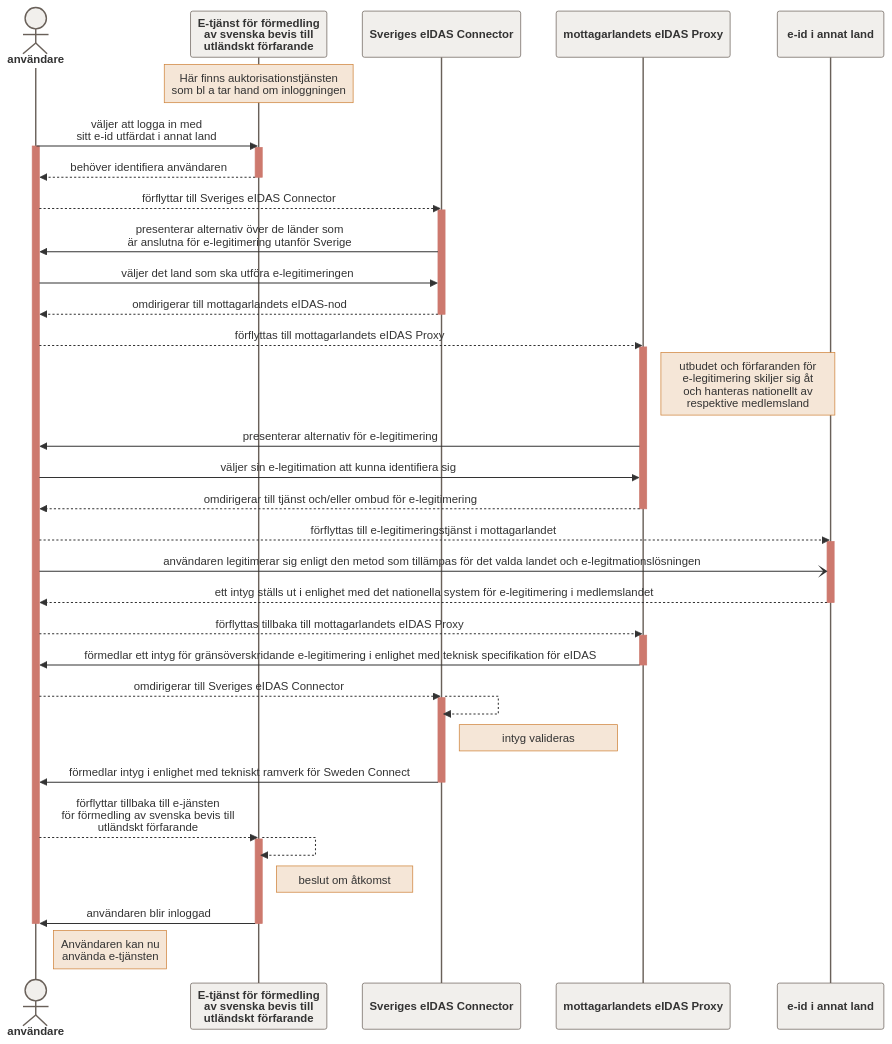
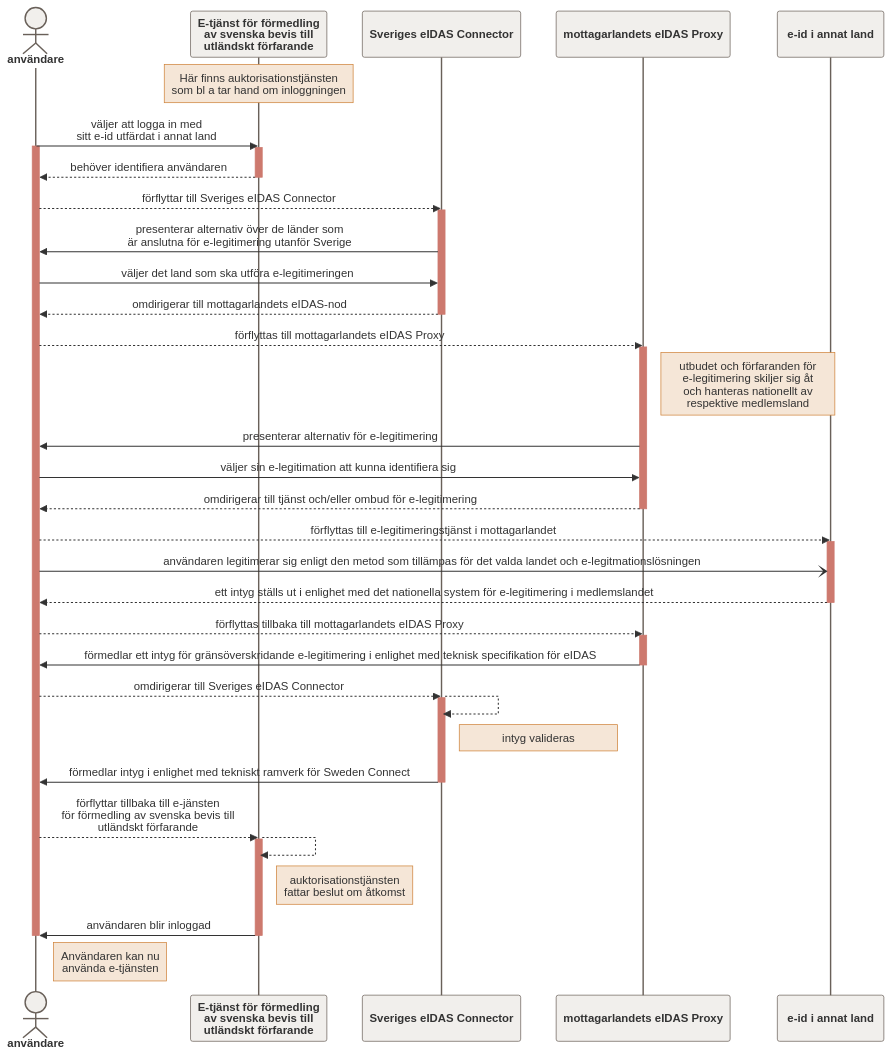
The diagram in login_oots.md (araskazemi/greenhouse), drawn with Mermaid before and after one commit.

````diff
--- a/login_oots.md
+++ b/login_oots.md
@@ -1,53 +1,53 @@
 ```mermaid
 
 %%{init: {'sequence': { 'mirrorActors': true, 'rightAngles': true, 'messageAlign': 'center', 'actorFontWeight': 900, 'actorFontSize': 18, 'noteFontWeight': 100, 'noteFontSize': 12}}}%%
 %%{init: {'theme': 'base', 'themeVariables': {'labelBoxBkgColor': '#F5F5F4', 'labelBoxBorderColor': '#998980', 'actorBorder': '#696059', 'actorBkg': '#F1EFEC', 'activationBorderColor': '#CD796E', 'activationBkgColor': '#CD796E', 'noteBkgColor': '#F5E6D7', 'noteBorderColor': '#CE8036'}}}%%
 
 sequenceDiagram
   actor användare
   participant sdg as E-tjänst för förmedling<br />av svenska bevis till<br />utländskt förfarande
   Note over sdg: Här finns auktorisationstjänsten<br />som bl a tar hand om inloggningen
   användare->>sdg: väljer att logga in med<br />sitt e-id utfärdat i annat land
   activate användare
   activate sdg
   sdg-->>användare: behöver identifiera användaren
   deactivate sdg  
   användare-->>Sveriges eIDAS Connector: förflyttar till Sveriges eIDAS Connector
   activate Sveriges eIDAS Connector
   Sveriges eIDAS Connector->>användare: presenterar alternativ över de länder som<br />är anslutna för e-legitimering utanför Sverige
   användare->>Sveriges eIDAS Connector: väljer det land som ska utföra e-legitimeringen
   Sveriges eIDAS Connector-->>användare: omdirigerar till mottagarlandets eIDAS-nod
   deactivate Sveriges eIDAS Connector
   användare-->>mottagarlandets eIDAS Proxy: förflyttas till mottagarlandets eIDAS Proxy
   activate mottagarlandets eIDAS Proxy
   Note right of mottagarlandets eIDAS Proxy: utbudet och förfaranden för<br />e-legitimering skiljer sig åt<br />och hanteras nationellt av<br />respektive medlemsland
   mottagarlandets eIDAS Proxy->>användare: presenterar alternativ för e-legitimering
   användare->>mottagarlandets eIDAS Proxy: väljer sin e-legitimation att kunna identifiera sig
   mottagarlandets eIDAS Proxy-->>användare: omdirigerar till tjänst och/eller ombud för e-legitimering
   deactivate mottagarlandets eIDAS Proxy
   användare-->>e-id i annat land: förflyttas till e-legitimeringstjänst i mottagarlandet
   activate e-id i annat land
   användare-)e-id i annat land: användaren legitimerar sig enligt den metod som tillämpas för det valda landet och e-legitmationslösningen 
   e-id i annat land-->>användare: ett intyg ställs ut i enlighet med det nationella system för e-legitimering i medlemslandet
   deactivate e-id i annat land
   användare-->>mottagarlandets eIDAS Proxy: förflyttas tillbaka till mottagarlandets eIDAS Proxy
   activate mottagarlandets eIDAS Proxy
   mottagarlandets eIDAS Proxy->>användare: förmedlar ett intyg för gränsöverskridande e-legitimering i enlighet med teknisk specifikation för eIDAS
   deactivate mottagarlandets eIDAS Proxy
   användare-->>Sveriges eIDAS Connector: omdirigerar till Sveriges eIDAS Connector
   activate Sveriges eIDAS Connector
   Sveriges eIDAS Connector-->>Sveriges eIDAS Connector: 
   Note right of Sveriges eIDAS Connector: intyg valideras
   Sveriges eIDAS Connector->>användare: förmedlar intyg i enlighet med tekniskt ramverk för Sweden Connect
   deactivate Sveriges eIDAS Connector
   användare-->>sdg: förflyttar tillbaka till e-jänsten<br />för förmedling av svenska bevis till<br />utländskt förfarande
   activate sdg
   sdg-->>sdg: 
-  Note right of sdg: beslut om åtkomst
+  Note right of sdg: auktorisationstjänsten<br />fattar beslut om åtkomst
   sdg->>användare: användaren blir inloggad
   deactivate sdg
   deactivate användare
   Note right of användare:  Användaren kan nu<br />använda e-tjänsten
   
 
 ```
````
